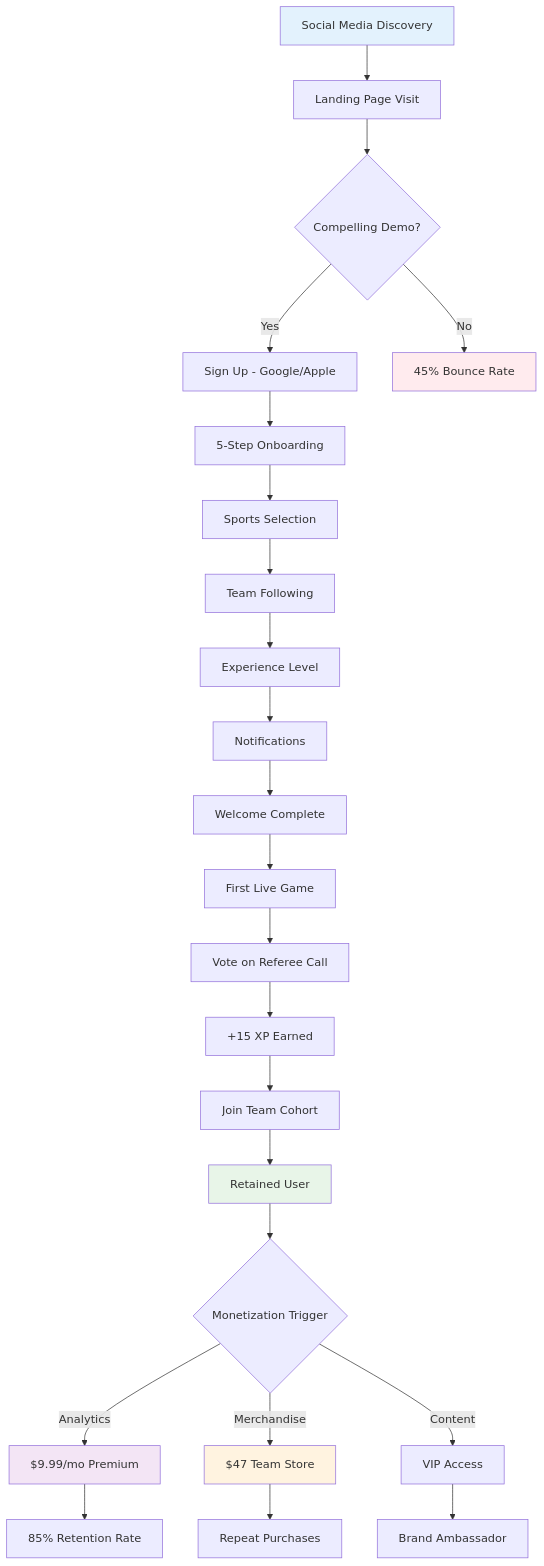
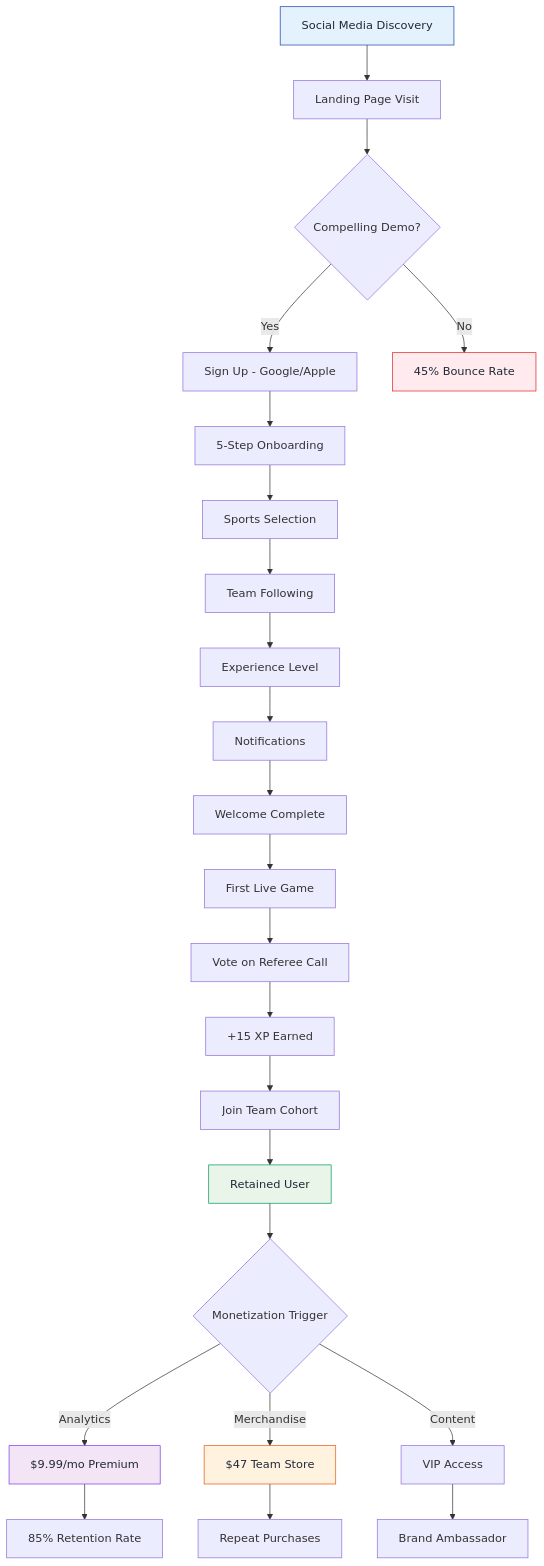
One commit to SkaFld-Ignite/ref-u-wireframes changed the first of 9 diagrams in docs/investor-flows.md. Above: the diagram before and after it, drawn with Mermaid. The commit also changed other lines of this file and 1 other file, not shown here.

Commit message:
Enhanced Mermaid plugin configuration with professional theming and fixed Growth Strategy diagram

````diff
--- a/docs/investor-flows.md
+++ b/docs/investor-flows.md
@@ -13,35 +13,35 @@
 ```mermaid
 graph TD
     A[Social Media Discovery] --> B[Landing Page Visit]
     B --> C{Compelling Demo?}
     C -->|Yes| D[Sign Up - Google/Apple]
     C -->|No| X[45% Bounce Rate]
     
     D --> E[5-Step Onboarding]
     E --> F[Sports Selection]
     F --> G[Team Following]
     G --> H[Experience Level]
     H --> I[Notifications]
     I --> J[Welcome Complete]
     
     J --> K[First Live Game]
     K --> L[Vote on Referee Call]
     L --> M[+15 XP Earned]
     M --> N[Join Team Cohort]
     N --> O[Retained User]
     
     O --> P{Monetization Trigger}
     P -->|Analytics| Q[$9.99/mo Premium]
     P -->|Merchandise| R[$47 Team Store]
     P -->|Content| S[VIP Access]
     
     Q --> T[85% Retention Rate]
     R --> U[Repeat Purchases]
     S --> V[Brand Ambassador]
     
-    style A fill:#e3f2fd
-    style O fill:#e8f5e8
-    style Q fill:#f3e5f5
-    style R fill:#fff3e0
-    style X fill:#ffebee
+    style A fill:#e3f2fd,stroke:#1e40af,color:#1f2937
+    style O fill:#e8f5e8,stroke:#059669,color:#1f2937
+    style Q fill:#f3e5f5,stroke:#7c3aed,color:#1f2937
+    style R fill:#fff3e0,stroke:#ea580c,color:#1f2937
+    style X fill:#ffebee,stroke:#dc2626,color:#1f2937
 ```
````
